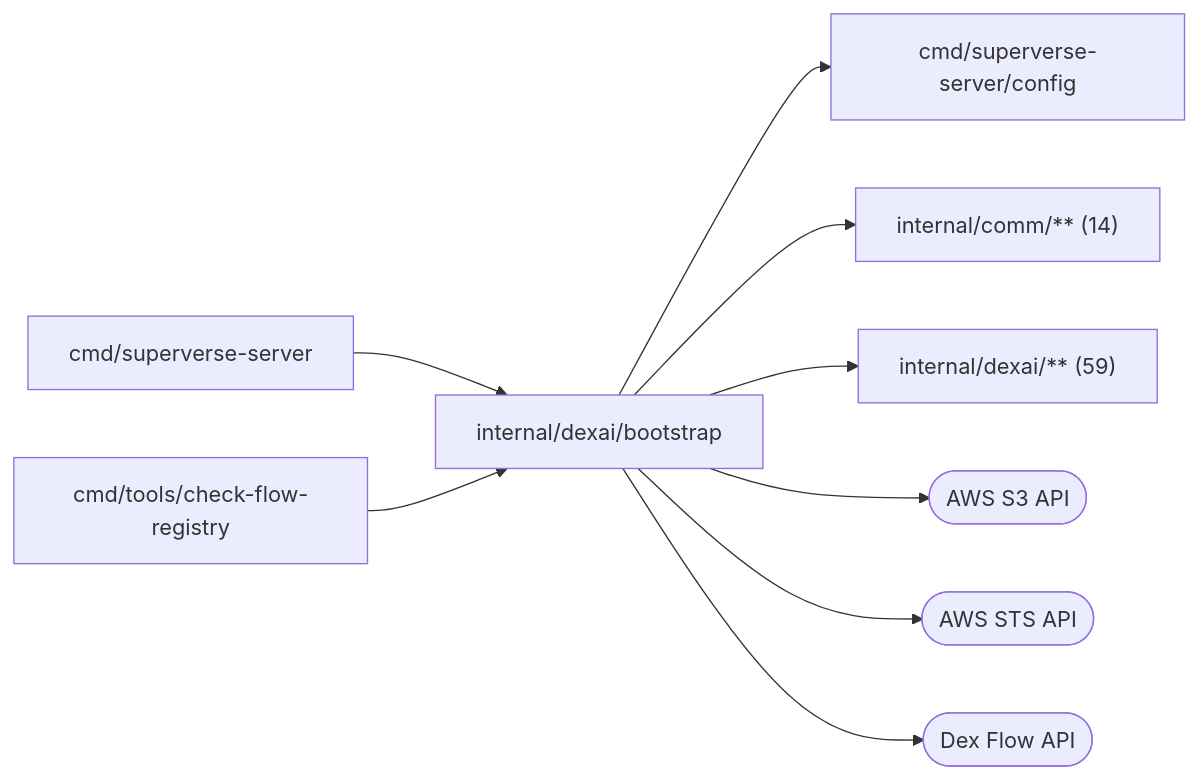
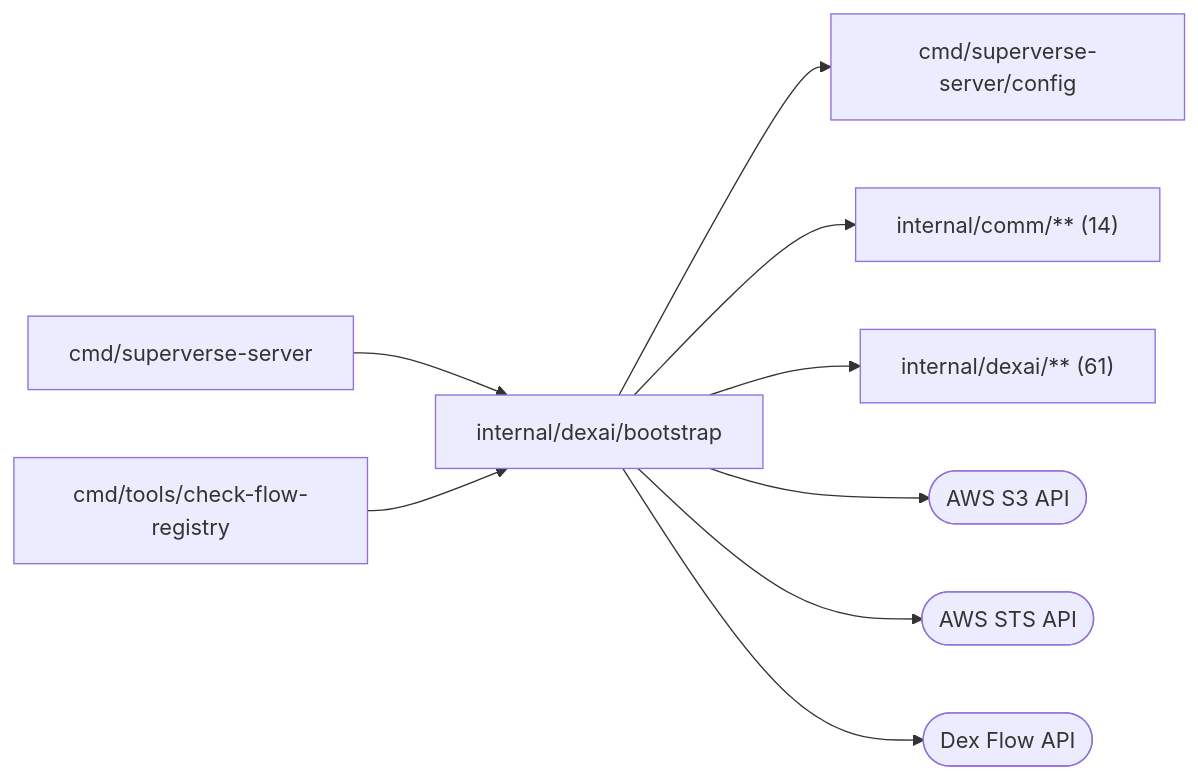
The diagram in internal/dexai/bootstrap/README.md (superdurable/superverse), drawn with Mermaid before and after one commit. The commit also changed other lines of this file and 145 other files, not shown here.

````diff
--- a/internal/dexai/bootstrap/README.md
+++ b/internal/dexai/bootstrap/README.md
@@ -10,12 +10,12 @@
 ```mermaid
 flowchart LR
   self["internal/dexai/bootstrap"]
   c0["cmd/superverse-server"] --> self
   c1["cmd/tools/check-flow-registry"] --> self
   self --> d0["cmd/superverse-server/config"]
   self --> d1["internal/comm/** (14)"]
-  self --> d2["internal/dexai/** (59)"]
+  self --> d2["internal/dexai/** (61)"]
   self --> e0(["AWS S3 API"])
   self --> e1(["AWS STS API"])
   self --> e2(["Dex Flow API"])
 ```
````
